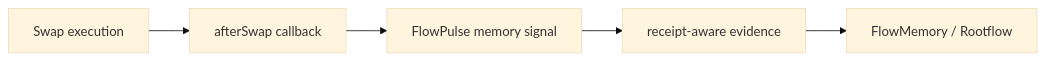
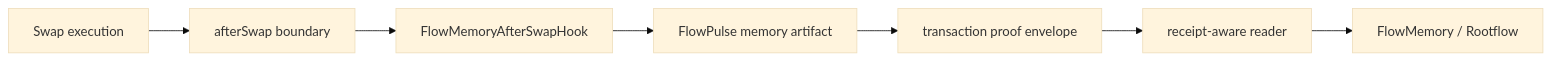
The first of 2 diagrams in docs/WHY_IT_WORKS.md (FlowmemoryAI/flowmemory-uniswap-v4-hooks), drawn with Mermaid (base theme) before and after one commit. The commit also changed other lines of this file and 22 other files, not shown here.

Commit message:
Reposition hook repo as memory-native primitive

````diff
--- a/docs/WHY_IT_WORKS.md
+++ b/docs/WHY_IT_WORKS.md
@@ -19,7 +24,9 @@
 ```mermaid
 flowchart LR
-    Swap["Swap execution"] --> Hook["afterSwap callback"]
-    Hook --> Signal["FlowPulse memory signal"]
-    Signal --> Evidence["receipt-aware evidence"]
-    Evidence --> Memory["FlowMemory / Rootflow"]
+    Swap["Swap execution"] --> Boundary["afterSwap boundary"]
+    Boundary --> Hook["FlowMemoryAfterSwapHook"]
+    Hook --> Pulse["FlowPulse memory artifact"]
+    Pulse --> Proof["transaction proof envelope"]
+    Proof --> Reader["receipt-aware reader"]
+    Reader --> Memory["FlowMemory / Rootflow"]
 ```
````
